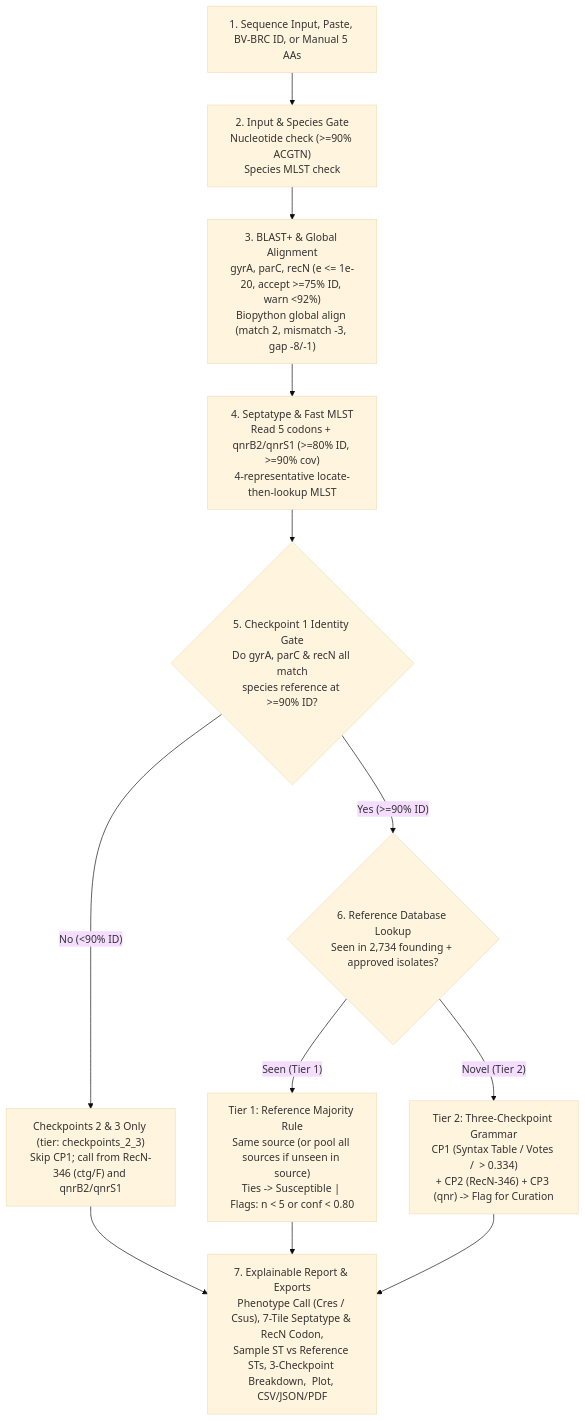
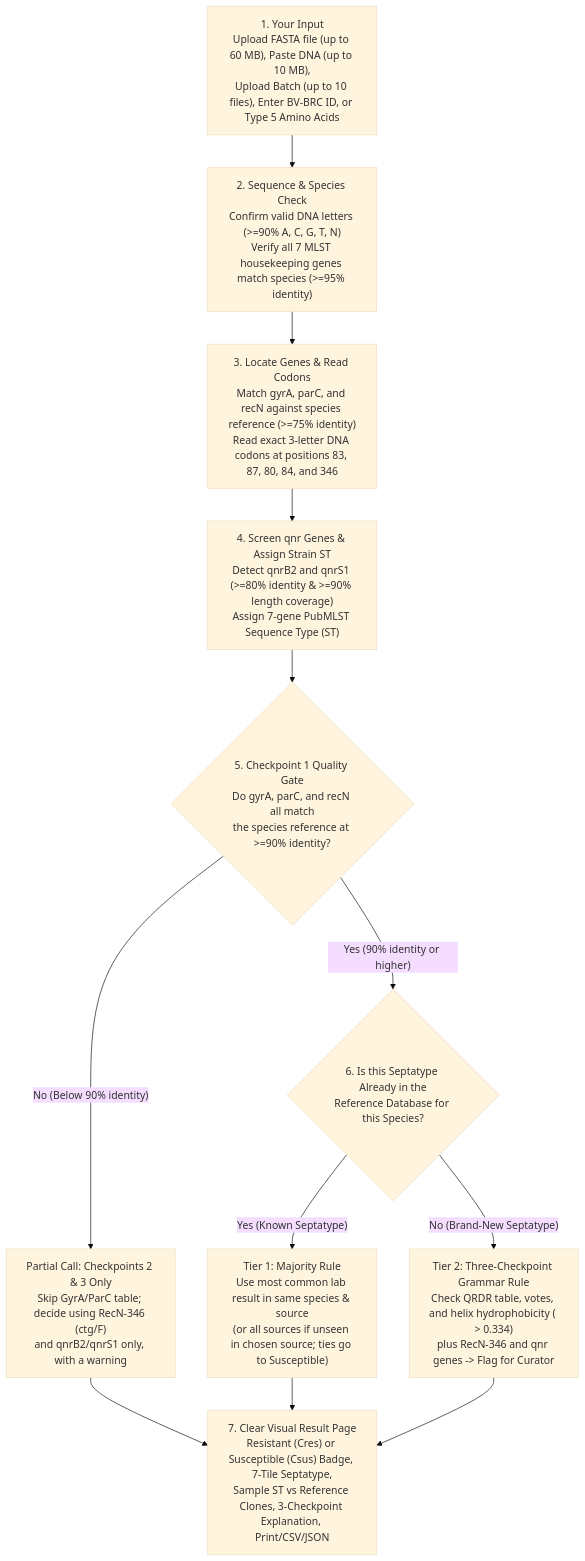
Before and after one commit to ikbalsk/Septatyper: the first of 3 diagrams in readme.md, drawn with Mermaid (base theme). The commit also changed other lines of this file and 1 other file, not shown here.

````diff
--- a/readme.md
+++ b/readme.md
@@ -86,14 +89,14 @@
 ```mermaid
 flowchart TD
-    A["1. Sequence Input, Paste, BV-BRC ID, or Manual 5 AAs"] --> B["2. Input & Species Gate<br/>Nucleotide check (>=90% ACGTN)<br/>Species MLST check"]
-    B --> C["3. BLAST+ & Global Alignment<br/>gyrA, parC, recN (e <= 1e-20, accept >=75% ID, warn <92%)<br/>Biopython global align (match 2, mismatch -3, gap -8/-1)"]
-    C --> D["4. Septatype & Fast MLST<br/>Read 5 codons + qnrB2/qnrS1 (>=80% ID, >=90% cov)<br/>4-representative locate-then-lookup MLST"]
-    D --> E{"5. Checkpoint 1 Identity Gate<br/>Do gyrA, parC & recN all match<br/>species reference at >=90% ID?"}
-    E -- "No (<90% ID)" --> F["Checkpoints 2 & 3 Only (tier: checkpoints_2_3)<br/>Skip CP1; call from RecN-346 (ctg/F) and qnrB2/qnrS1"]
-    E -- "Yes (>=90% ID)" --> G{"6. Reference Database Lookup<br/>Seen in 2,734 founding + approved isolates?"}
-    G -- "Seen (Tier 1)" --> H["Tier 1: Reference Majority Rule<br/>Same source (or pool all sources if unseen in source)<br/>Ties -> Susceptible | Flags: n < 5 or conf < 0.80"]
-    G -- "Novel (Tier 2)" --> I["Tier 2: Three-Checkpoint Grammar<br/>CP1 (Syntax Table / Votes / <H> > 0.334)<br/>+ CP2 (RecN-346) + CP3 (qnr) -> Flag for Curation"]
-    F --> J["7. Explainable Report & Exports<br/>Phenotype Call (Cres / Csus), 7-Tile Septatype & RecN Codon,<br/>Sample ST vs Reference STs, 3-Checkpoint Breakdown, <H> Plot, CSV/JSON/PDF"]
+    A["1. Your Input<br/>Upload FASTA file (up to 60 MB), Paste DNA (up to 10 MB),<br/>Upload Batch (up to 10 files), Enter BV-BRC ID, or Type 5 Amino Acids"] --> B["2. Sequence & Species Check<br/>Confirm valid DNA letters (>=90% A, C, G, T, N)<br/>Verify all 7 MLST housekeeping genes match species (>=95% identity)"]
+    B --> C["3. Locate Genes & Read Codons<br/>Match gyrA, parC, and recN against species reference (>=75% identity)<br/>Read exact 3-letter DNA codons at positions 83, 87, 80, 84, and 346"]
+    C --> D["4. Screen qnr Genes & Assign Strain ST<br/>Detect qnrB2 and qnrS1 (>=80% identity & >=90% length coverage)<br/>Assign 7-gene PubMLST Sequence Type (ST)"]
+    D --> E{"5. Checkpoint 1 Quality Gate<br/>Do gyrA, parC, and recN all match<br/>the species reference at >=90% identity?"}
+    E -- "No (Below 90% identity)" --> F["Partial Call: Checkpoints 2 & 3 Only<br/>Skip GyrA/ParC table; decide using RecN-346 (ctg/F)<br/>and qnrB2/qnrS1 only, with a warning"]
+    E -- "Yes (90% identity or higher)" --> G{"6. Is this Septatype Already in the<br/>Reference Database for this Species?"}
+    G -- "Yes (Known Septatype)" --> H["Tier 1: Majority Rule<br/>Use most common lab result in same species & source<br/>(or all sources if unseen in chosen source; ties go to Susceptible)"]
+    G -- "No (Brand-New Septatype)" --> I["Tier 2: Three-Checkpoint Grammar Rule<br/>Check QRDR table, votes, and helix hydrophobicity (<H> > 0.334)<br/>plus RecN-346 and qnr genes -> Flag for Curator"]
+    F --> J["7. Clear Visual Result Page<br/>Resistant (Cres) or Susceptible (Csus) Badge, 7-Tile Septatype,<br/>Sample ST vs Reference Clones, 3-Checkpoint Explanation, Print/CSV/JSON"]
     H --> J
     I --> J
 ```
````
